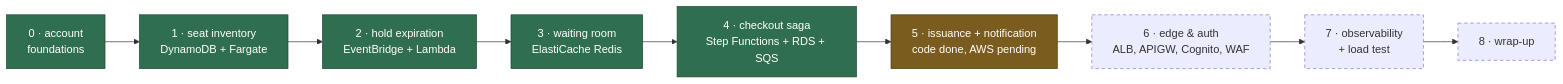
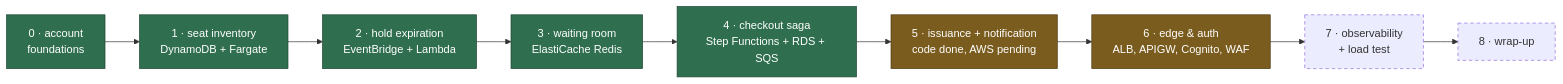
One commit to daliborjelicanin/ticket-waiting-room-aws changed the sixth of 6 diagrams in docs/architecture.md. Above: the diagram before and after it, drawn with Mermaid. The commit also changed other lines of this file and 30 other files, not shown here.

````diff
--- a/docs/architecture.md
+++ b/docs/architecture.md
@@ -300,18 +325,18 @@
 ```mermaid
 flowchart LR
     S0["0 · account<br/>foundations"] --> S1["1 · seat inventory<br/>DynamoDB + Fargate"]
     S1 --> S2["2 · hold expiration<br/>EventBridge + Lambda"]
     S2 --> S3["3 · waiting room<br/>ElastiCache Redis"]
     S3 --> S4["4 · checkout saga<br/>Step Functions + RDS + SQS"]
     S4 --> S5["5 · issuance + notification<br/>code done, AWS pending"]
     S5 --> S6["6 · edge & auth<br/>ALB, APIGW, Cognito, WAF"]
     S6 --> S7["7 · observability<br/>+ load test"]
     S7 --> S8["8 · wrap-up"]
 
     classDef done fill:#2f6f4f,stroke:#1d4632,color:#fff;
     classDef partial fill:#7a5c1e,stroke:#4d3a13,color:#fff;
     classDef todo stroke-dasharray:5 4;
     class S0,S1,S2,S3,S4 done;
-    class S5 partial;
-    class S6,S7,S8 todo;
+    class S5,S6 partial;
+    class S7,S8 todo;
 ```
````
